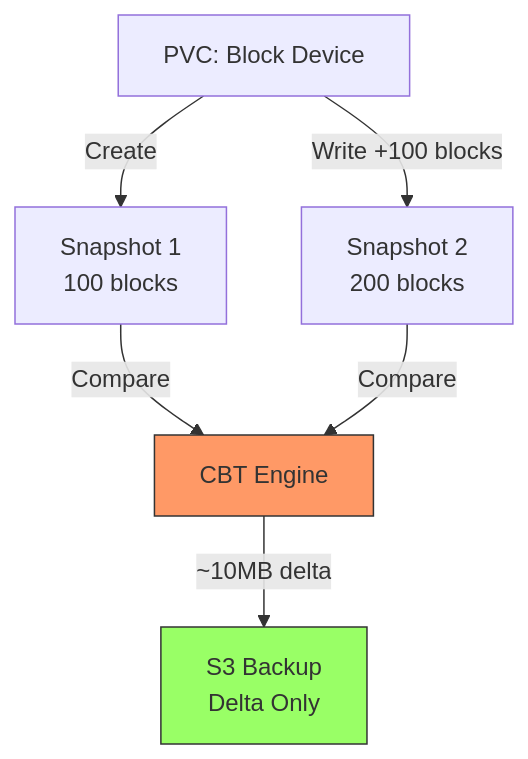
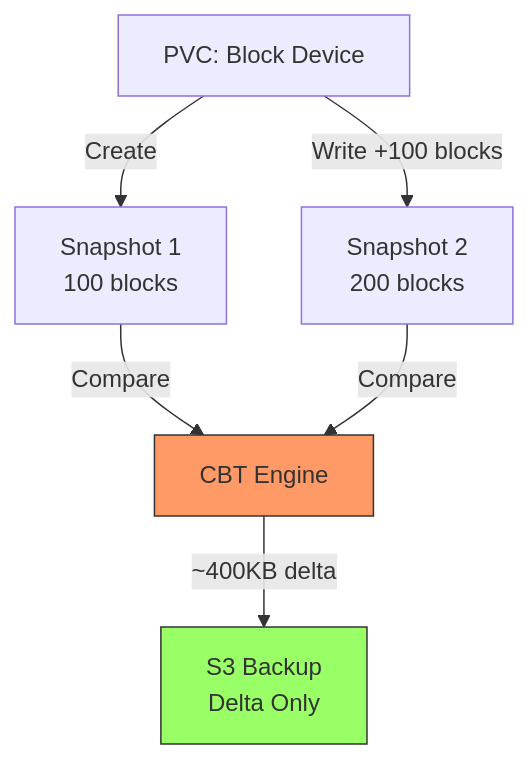
One commit to kaovilai/k8s-cbt-s3mover-demo changed the first of 2 diagrams in demo/slides.md. Above: the diagram before and after it, drawn with Mermaid. The commit also changed other lines of this file, not shown here.

Commit message:
refactor: update CBT demo to reflect accurate data sizes and enhance API demonstration clarity

````diff
--- a/demo/slides.md
+++ b/demo/slides.md
@@ -86,17 +86,17 @@
 ```mermaid {scale:0.5}
 graph TB
     PVC[PVC: Block Device]
     S1[Snapshot 1<br/>100 blocks]
     S2[Snapshot 2<br/>200 blocks]
     CBT[CBT Engine]
     S3[S3 Backup<br/>Delta Only]
 
     PVC -->|Create| S1
     PVC -->|Write +100 blocks| S2
     S1 -->|Compare| CBT
     S2 -->|Compare| CBT
-    CBT -->|~10MB delta| S3
+    CBT -->|~400KB delta| S3
 
     style CBT fill:#f96,stroke:#333
     style S3 fill:#9f6,stroke:#333
 ```
````
